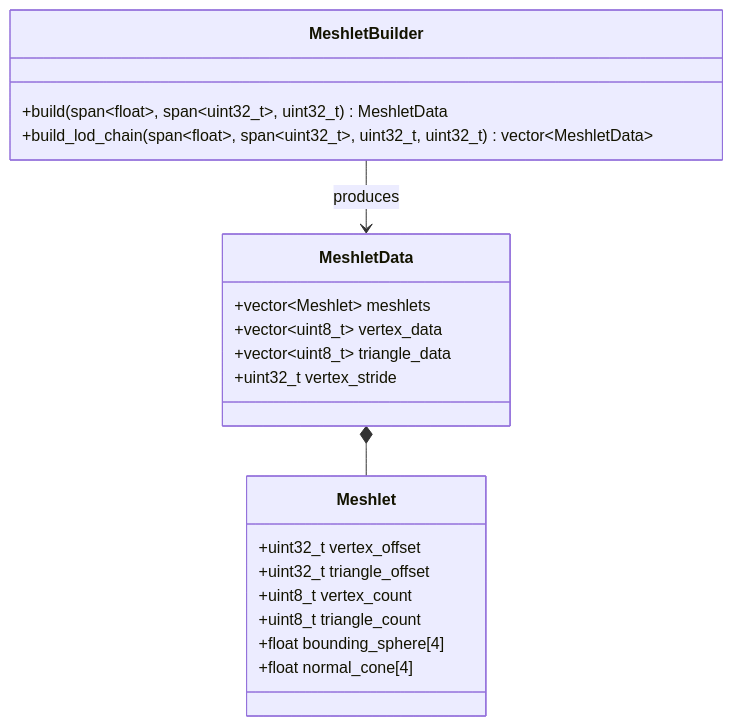
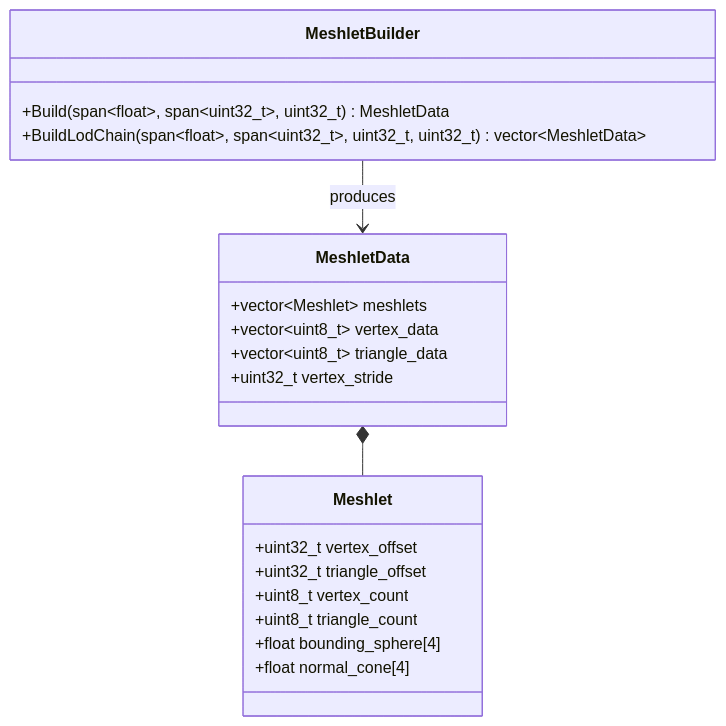
One commit to harmonius-dev/harmonius changed the second of 12 diagrams in docs/design/asset-pipeline-classes.md. Above: the diagram before and after it, drawn with Mermaid. The commit also changed other lines of this file and 67 other files, not shown here.

````diff
--- a/docs/design/asset-pipeline-classes.md
+++ b/docs/design/asset-pipeline-classes.md
@@ -94,24 +94,24 @@
 ```mermaid
 classDiagram
     class MeshletData {
         +vector~Meshlet~ meshlets
         +vector~uint8_t~ vertex_data
         +vector~uint8_t~ triangle_data
         +uint32_t vertex_stride
     }
     class Meshlet {
         +uint32_t vertex_offset
         +uint32_t triangle_offset
         +uint8_t vertex_count
         +uint8_t triangle_count
         +float bounding_sphere[4]
         +float normal_cone[4]
     }
     class MeshletBuilder {
-        +build(span~float~, span~uint32_t~, uint32_t) MeshletData
-        +build_lod_chain(span~float~, span~uint32_t~, uint32_t, uint32_t) vector~MeshletData~
+        +Build(span~float~, span~uint32_t~, uint32_t) MeshletData
+        +BuildLodChain(span~float~, span~uint32_t~, uint32_t, uint32_t) vector~MeshletData~
     }
 
     MeshletData *-- Meshlet
     MeshletBuilder --> MeshletData : produces
 ```
````
